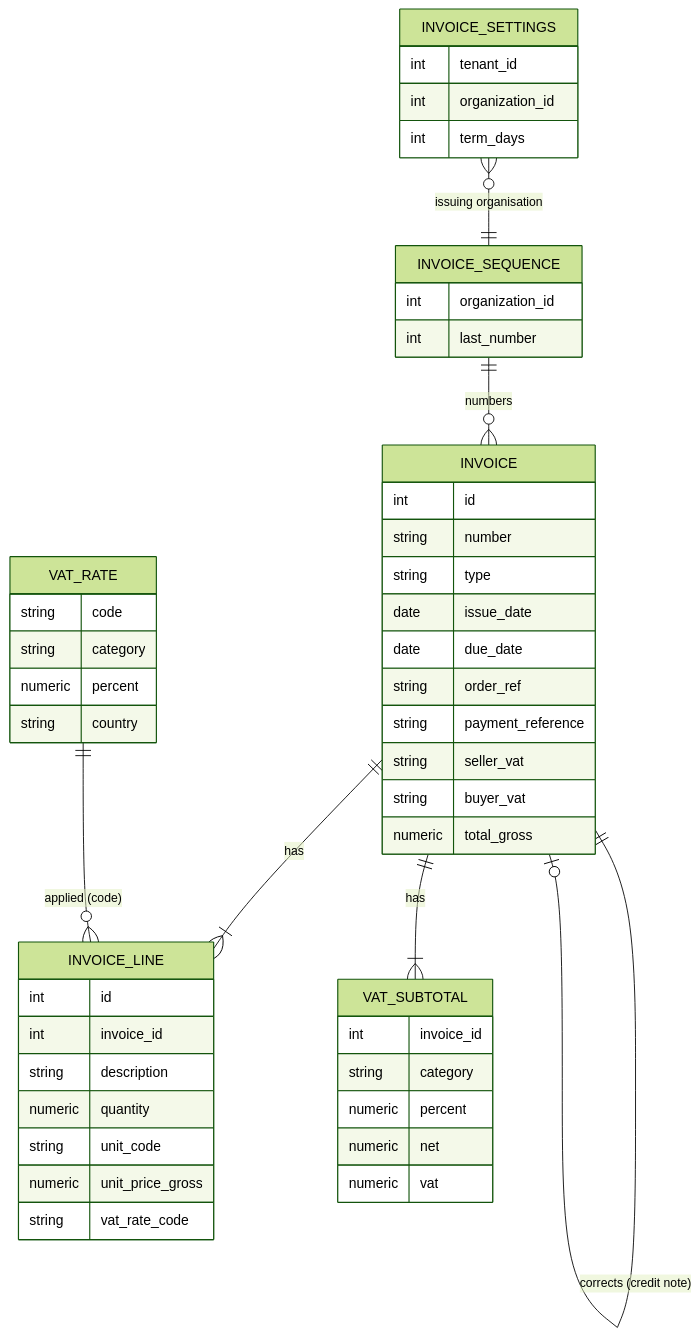
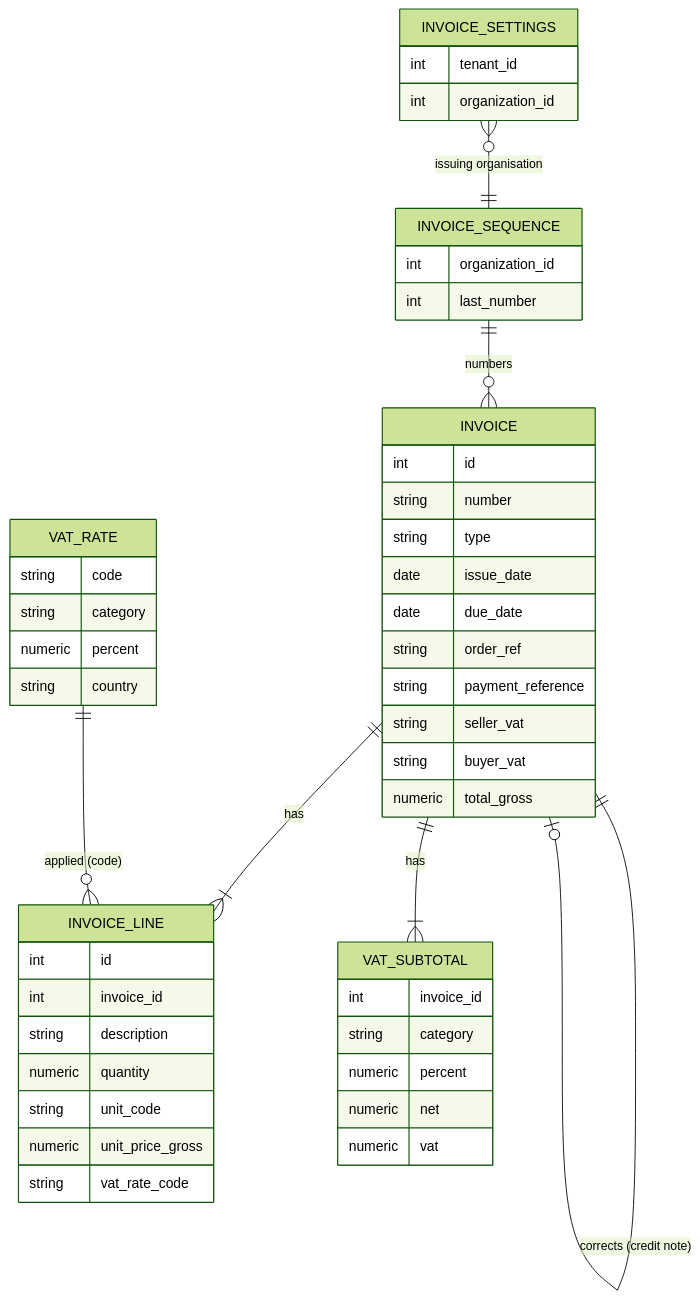
The fifth of 5 diagrams in docs/change_request_34_invoices.md (KoenRenders/KoenTest), drawn with Mermaid (forest theme) before and after one commit. The commit also changed other lines of this file, not shown here.

First line of the commit message:
docs(cr-34): the payment term is the one the tenant already has, not a second setting

````diff
--- a/docs/change_request_34_invoices.md
+++ b/docs/change_request_34_invoices.md
@@ -309,15 +309,15 @@
 ```mermaid
 erDiagram
   INVOICE ||--|{ INVOICE_LINE : has
   INVOICE ||--|{ VAT_SUBTOTAL : has
   INVOICE ||--o| INVOICE : "corrects (credit note)"
   INVOICE_SEQUENCE ||--o{ INVOICE : numbers
   VAT_RATE ||--o{ INVOICE_LINE : "applied (code)"
   INVOICE_SETTINGS }o--|| INVOICE_SEQUENCE : "issuing organisation"
   INVOICE { int id string number string type date issue_date date due_date string order_ref string payment_reference string seller_vat string buyer_vat numeric total_gross }
   INVOICE_LINE { int id int invoice_id string description numeric quantity string unit_code numeric unit_price_gross string vat_rate_code }
   VAT_SUBTOTAL { int invoice_id string category numeric percent numeric net numeric vat }
   INVOICE_SEQUENCE { int organization_id int last_number }
   VAT_RATE { string code string category numeric percent string country }
-  INVOICE_SETTINGS { int tenant_id int organization_id int term_days }
+  INVOICE_SETTINGS { int tenant_id int organization_id }
 ```
````
